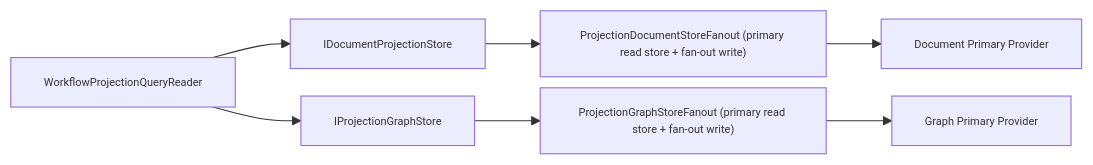
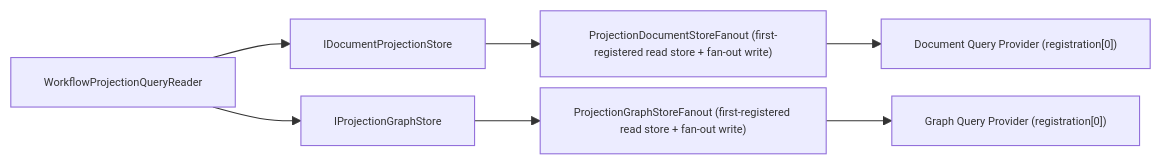
One commit to aevatarAI/aevatar changed the second of 2 diagrams in docs/architecture/projection-readmodel-full-refactor-plan-2026-02-24.md. Above: the diagram before and after it, drawn with Mermaid. The commit also changed other lines of this file and 23 other files, not shown here.

First line of the commit message:
Refactor Projection ReadModel and Enhance Provider Registration

````diff
--- a/docs/architecture/projection-readmodel-full-refactor-plan-2026-02-24.md
+++ b/docs/architecture/projection-readmodel-full-refactor-plan-2026-02-24.md
@@ -44,12 +44,12 @@
 ```mermaid
 %%{init: {"maxTextSize": 100000, "flowchart": {"useMaxWidth": false, "nodeSpacing": 10, "rankSpacing": 50}, "themeVariables": {"fontSize": "10px"}}}%%
 flowchart LR
     Q1["WorkflowProjectionQueryReader"] --> Q2["IDocumentProjectionStore<WorkflowExecutionReport,string>"]
     Q1 --> Q3["IProjectionGraphStore"]
 
-    Q2 --> Q4["ProjectionDocumentStoreFanout (primary read store + fan-out write)"]
-    Q3 --> Q5["ProjectionGraphStoreFanout (primary read store + fan-out write)"]
+    Q2 --> Q4["ProjectionDocumentStoreFanout (first-registered read store + fan-out write)"]
+    Q3 --> Q5["ProjectionGraphStoreFanout (first-registered read store + fan-out write)"]
 
-    Q4 --> Q6["Document Primary Provider"]
-    Q5 --> Q7["Graph Primary Provider"]
+    Q4 --> Q6["Document Query Provider (registration[0])"]
+    Q5 --> Q7["Graph Query Provider (registration[0])"]
 ```
````
